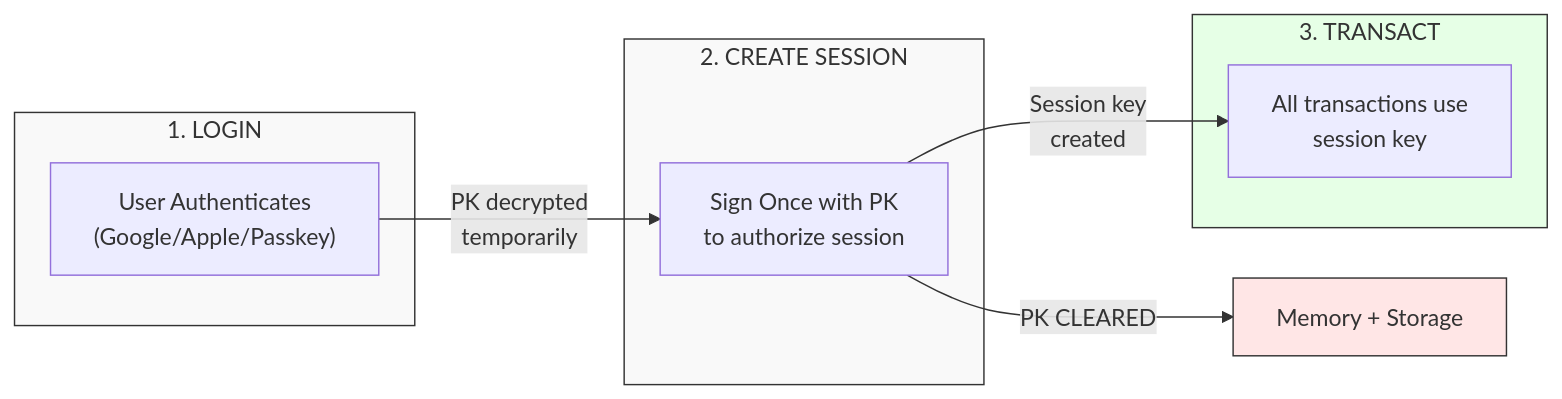
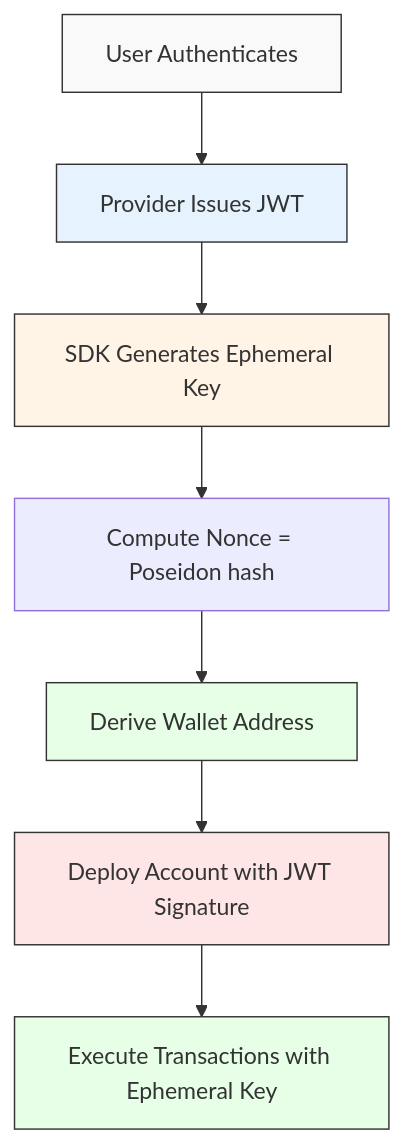
Before and after one commit to cavos-labs/docs: the diagram in concepts.mdx, drawn with Mermaid. The commit also changed other lines of this file and 1 other file, not shown here.

````diff
--- a/concepts.mdx
+++ b/concepts.mdx
@@ -12,23 +12,16 @@
 ```mermaid
-flowchart LR
-    subgraph step1["1. LOGIN"]
-        A["User Authenticates<br/>(Google/Apple/Passkey)"]
-    end
-    
-    subgraph step2["2. CREATE SESSION"]
-        B["Sign Once with PK<br/>to authorize session"]
-    end
-    
-    subgraph step3["3. TRANSACT"]
-        C["All transactions use<br/>session key"]
-    end
-    
-    A -->|"PK decrypted<br/>temporarily"| B
-    B -->|"Session key<br/>created"| C
-    B -->|"PK CLEARED"| D["Memory + Storage"]
-    
-    style step1 fill:#f9f9f9,stroke:#333
-    style step2 fill:#f9f9f9,stroke:#333
-    style step3 fill:#e6ffe6,stroke:#333
-    style D fill:#ffe6e6,stroke:#333
+flowchart TD
+    A[User Authenticates] --> B[Provider Issues JWT]
+    B --> C[SDK Generates Ephemeral Key]
+    C --> D[Compute Nonce = Poseidon hash]
+    D --> E[Derive Wallet Address]
+    E --> F[Deploy Account with JWT Signature]
+    F --> G[Execute Transactions with Ephemeral Key]
+
+    style A fill:#f9f9f9,stroke:#333
+    style B fill:#e6f3ff,stroke:#333
+    style C fill:#fff4e6,stroke:#333
+    style E fill:#e6ffe6,stroke:#333
+    style F fill:#ffe6e6,stroke:#333
+    style G fill:#e6ffe6,stroke:#333
 ```
````
